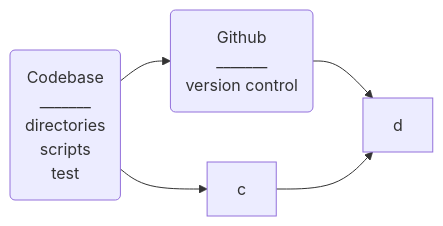
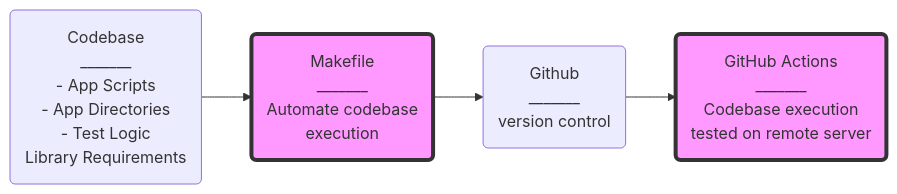
The second of 2 diagrams in docs/cicd.md (meowser/mlops_scaffold), drawn with Mermaid before and after one commit. The commit also changed other lines of this file, not shown here.

````diff
--- a/docs/cicd.md
+++ b/docs/cicd.md
@@ -124,4 +99,11 @@
 ```mermaid
 flowchart LR
-   codebase(Codebase  <br> _______ <br> directories <br> scripts  <br> test ) --> git(Github  <br> _______<br> version control) & c--> d
+   codebase(Codebase  <br> _______ <br> - App Scripts  <br> - App Directories <br> - Test Logic  <br> Library Requirements  ) --> mfile(Makefile <br> _______ <br>  Automate codebase <br> execution)
+
+   mfile -->  git(Github  <br> _______<br> version control)
+
+   git --> github_actions(GitHub Actions  <br> _______ <br> Codebase execution <br> tested on remote server)
+
+   style mfile fill:#f9f,stroke:#333,stroke-width:4px
+   style github_actions fill:#f9f,stroke:#333,stroke-width:4px
 ```
````
